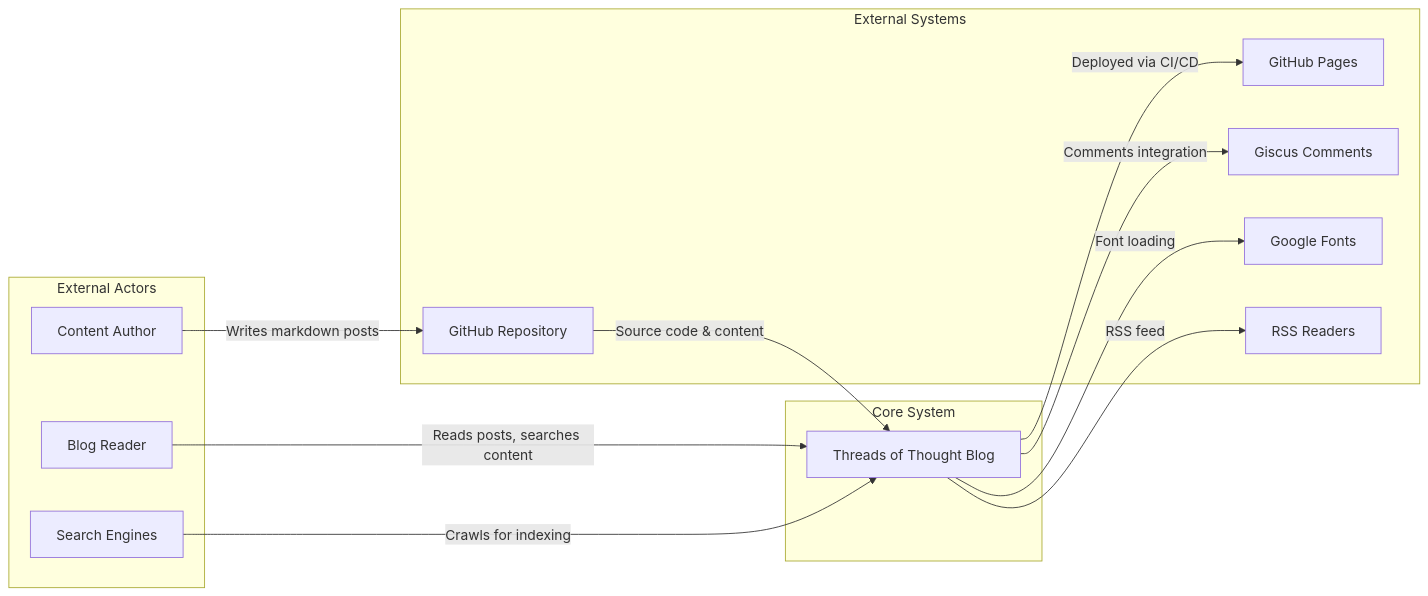
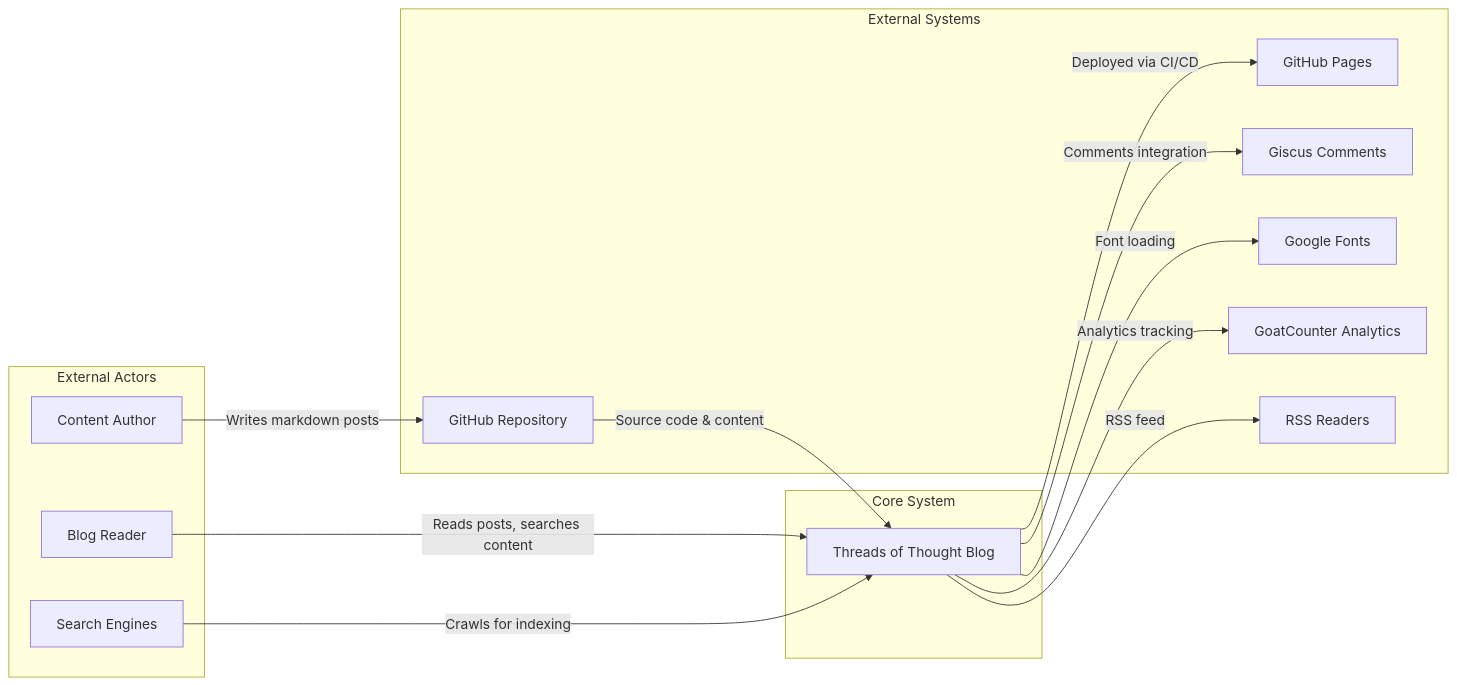
The fourth of 12 diagrams in docs/architecture-diagrams.md (ikristina/ikristina.github.io), drawn with Mermaid before and after one commit. The commit also changed other lines of this file and 1 other file, not shown here.

Commit message:
docs: update documentation to include GoatCounter analytics

````diff
--- a/docs/architecture-diagrams.md
+++ b/docs/architecture-diagrams.md
@@ -107,30 +109,32 @@
 ```mermaid
 graph LR
     subgraph "External Actors"
         Reader[Blog Reader]
         Author[Content Author]
         SearchEngine[Search Engines]
     end
     
     subgraph "Core System"
         Blog[Threads of Thought Blog]
     end
     
     subgraph "External Systems"
         GitHub[GitHub Repository]
         GitHubPages[GitHub Pages]
         Giscus[Giscus Comments]
         GoogleFonts[Google Fonts]
+        GoatCounter[GoatCounter Analytics]
         RSS[RSS Readers]
     end
     
     Reader -->|Reads posts, searches content| Blog
     Author -->|Writes markdown posts| GitHub
     SearchEngine -->|Crawls for indexing| Blog
     
     Blog -->|Deployed via CI/CD| GitHubPages
     Blog -->|Comments integration| Giscus
     Blog -->|Font loading| GoogleFonts
+    Blog -->|Analytics tracking| GoatCounter
     Blog -->|RSS feed| RSS
     GitHub -->|Source code & content| Blog
 ```
````
